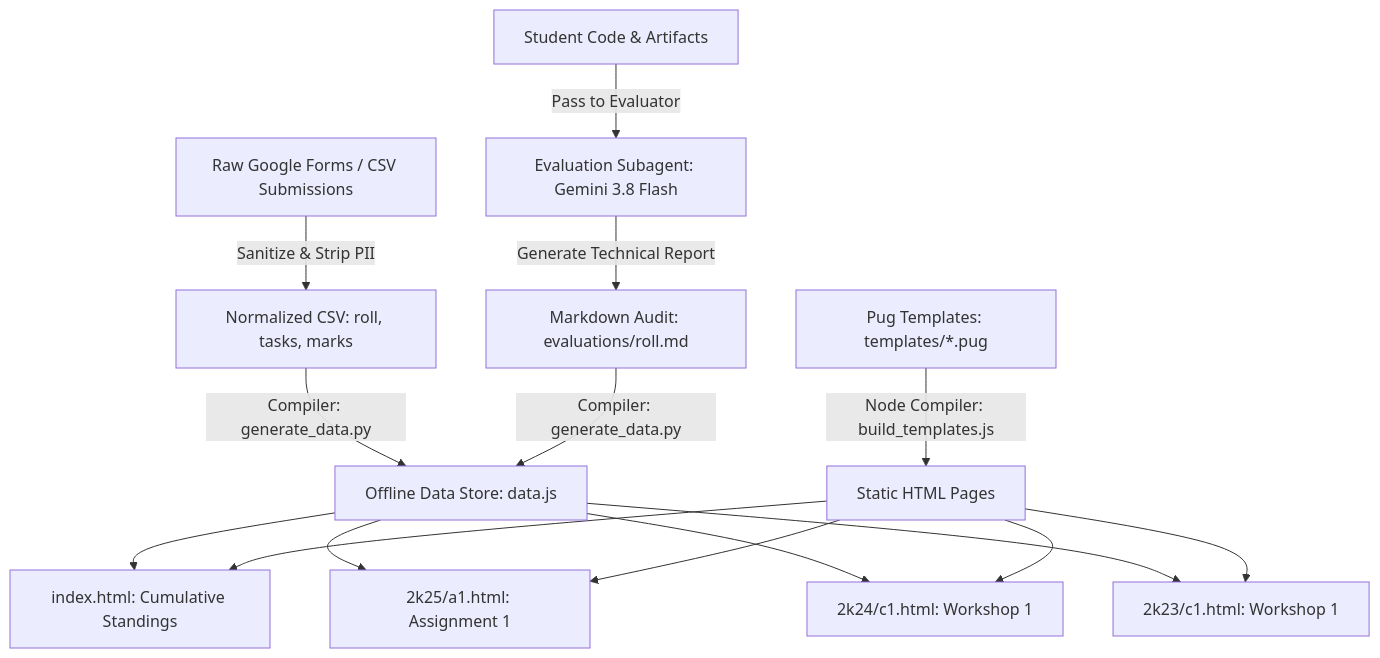
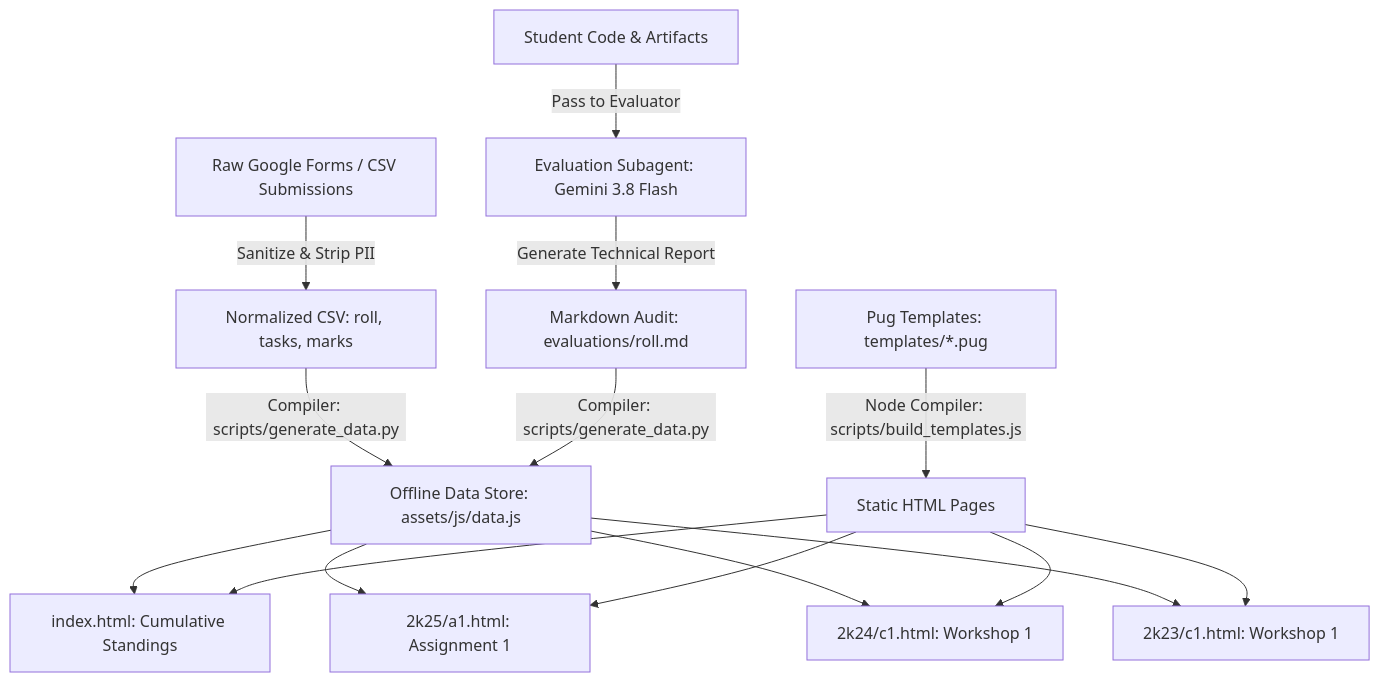
Before and after one commit to hackuet/evaluation: the diagram in DESIGN.md, drawn with Mermaid. The commit also changed 53 other files, not shown here.

````diff
--- a/DESIGN.md
+++ b/DESIGN.md
@@ -144,12 +144,12 @@
 ```mermaid
 graph TD
     A[Raw Google Forms / CSV Submissions] -->|Sanitize & Strip PII| B[Normalized CSV: roll, tasks, marks]
     C[Student Code & Artifacts] -->|Pass to Evaluator| D[Evaluation Subagent: Gemini 3.8 Flash]
     D -->|Generate Technical Report| E[Markdown Audit: evaluations/roll.md]
-    B & E -->|Compiler: generate_data.py| F[Offline Data Store: data.js]
-    G[Pug Templates: templates/*.pug] -->|Node Compiler: build_templates.js| H[Static HTML Pages]
+    B & E -->|Compiler: scripts/generate_data.py| F[Offline Data Store: assets/js/data.js]
+    G[Pug Templates: templates/*.pug] -->|Node Compiler: scripts/build_templates.js| H[Static HTML Pages]
     F & H --> I[index.html: Cumulative Standings]
     F & H --> J[2k25/a1.html: Assignment 1]
     F & H --> K[2k24/c1.html: Workshop 1]
     F & H --> L[2k23/c1.html: Workshop 1]
 ```
````
